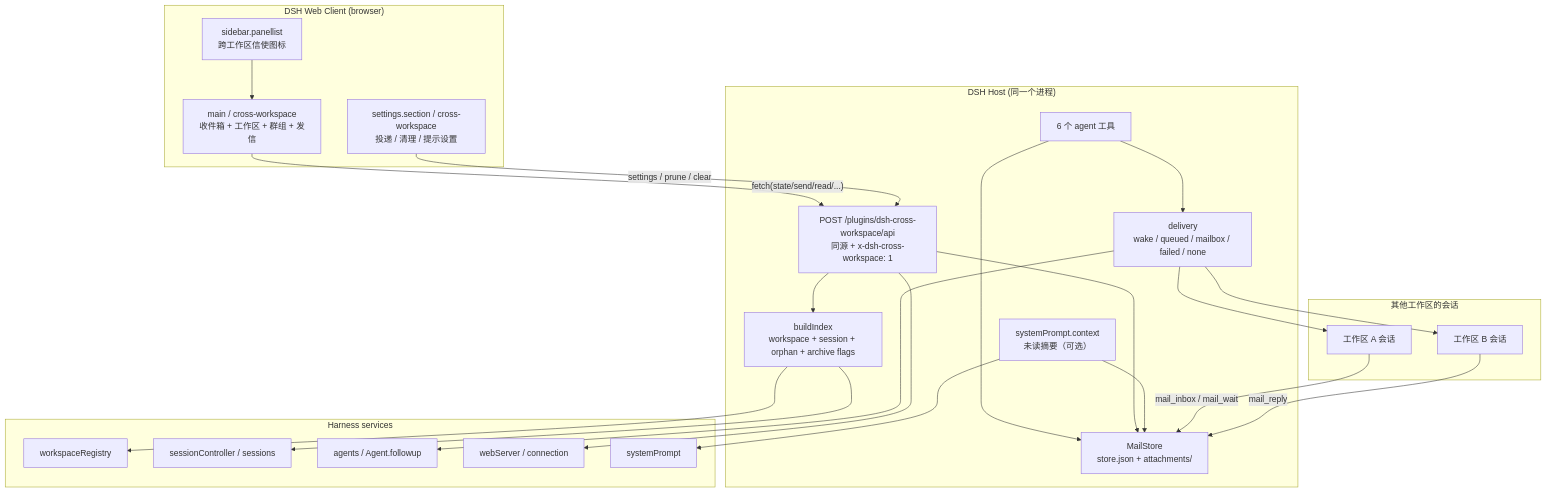
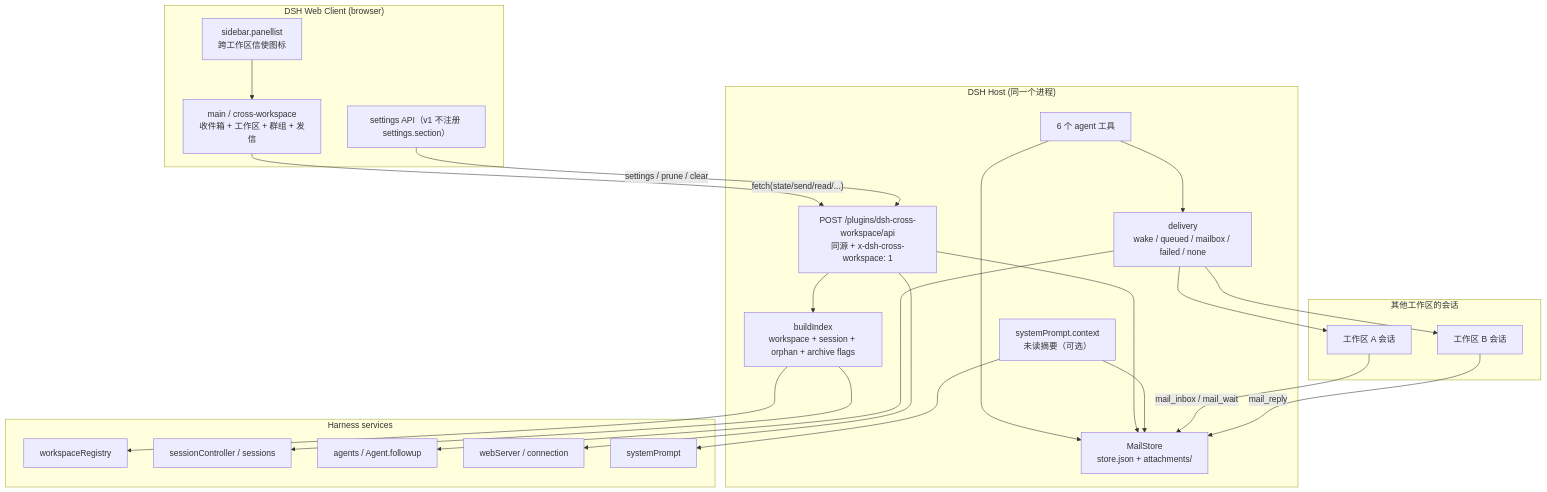
Before and after one commit to dream-office/dsh-cross-workspace: the first of 5 diagrams in docs/ARCHITECTURE.md, drawn with Mermaid. The commit also changed other lines of this file and 6 other files, not shown here.

````diff
--- a/docs/ARCHITECTURE.md
+++ b/docs/ARCHITECTURE.md
@@ -20,48 +20,48 @@
 ```mermaid
 flowchart TB
   subgraph Web["DSH Web Client (browser)"]
     Icon["sidebar.panellist<br/>跨工作区信使图标"]
     Page["main / cross-workspace<br/>收件箱 + 工作区 + 群组 + 发信"]
-    Settings["settings.section / cross-workspace<br/>投递 / 清理 / 提示设置"]
+    Settings["settings API（v1 不注册 settings.section）"]
   end
 
   subgraph Host["DSH Host (同一个进程)"]
     Route["POST /plugins/dsh-cross-workspace/api<br/>同源 + x-dsh-cross-workspace: 1"]
     Tools["6 个 agent 工具"]
     Context["systemPrompt.context<br/>未读摘要（可选）"]
     Store["MailStore<br/>store.json + attachments/"]
     Delivery["delivery<br/>wake / queued / mailbox / failed / none"]
     Index["buildIndex<br/>workspace + session + orphan + archive flags"]
   end
 
   subgraph DSH["Harness services"]
     WS["workspaceRegistry"]
     SC["sessionController / sessions"]
     AG["agents / Agent.followup"]
     WEB["webServer / connection"]
     SP["systemPrompt"]
   end
 
   subgraph Sessions["其他工作区的会话"]
     S1["工作区 A 会话"]
     S2["工作区 B 会话"]
   end
 
   Icon --> Page
   Page -->|"fetch(state/send/read/...)"| Route
   Settings -->|"settings / prune / clear"| Route
   Tools --> Store
   Tools --> Delivery
   Route --> Store
   Route --> Index
   Context --> Store
   Delivery --> AG
   Index --> WS
   Index --> SC
   Route --> WEB
   Context --> SP
   Delivery --> S1
   Delivery --> S2
   S1 -->|"mail_inbox / mail_wait"| Store
   S2 -->|"mail_reply"| Store
 ```
````
